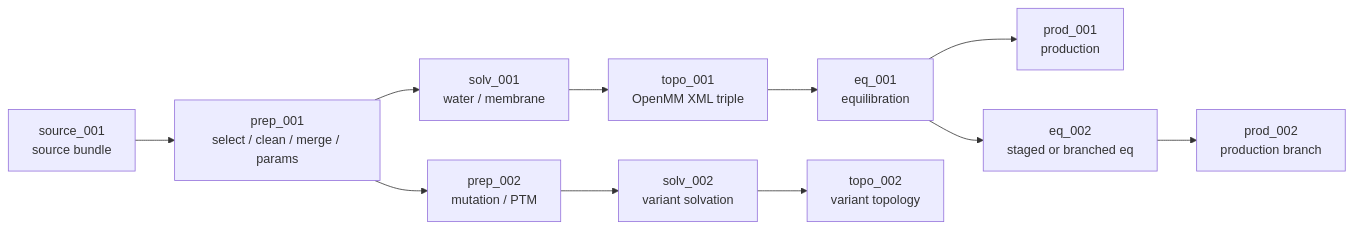
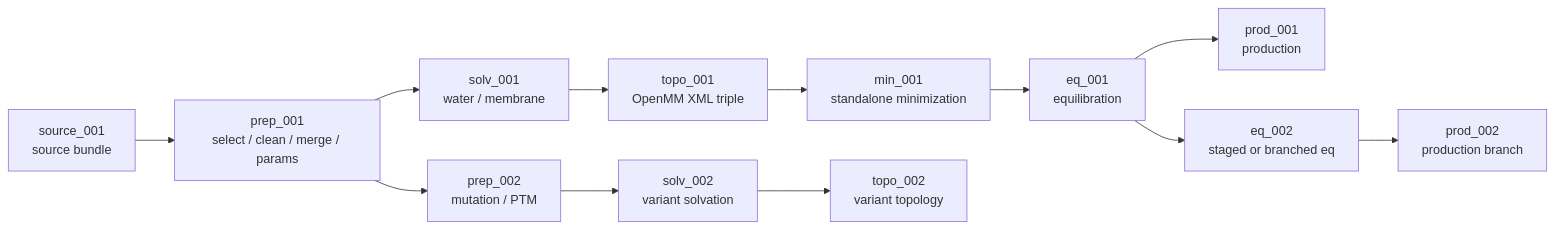
Before and after one commit to matsunagalab/mdclaw: the second of 4 diagrams in docs/developer/architecture.md, drawn with Mermaid. The commit also changed other lines of this file and 88 other files, not shown here.

Commit message:
Add standalone min node and prep benchmark contract

````diff
--- a/docs/developer/architecture.md
+++ b/docs/developer/architecture.md
@@ -188,13 +195,14 @@
 ```mermaid
 flowchart LR
   source[source_001<br/>source bundle] --> prep[prep_001<br/>select / clean / merge / params]
   prep --> solv[solv_001<br/>water / membrane]
   solv --> topo[topo_001<br/>OpenMM XML triple]
-  topo --> eq1[eq_001<br/>equilibration]
+  topo --> min1[min_001<br/>standalone minimization]
+  min1 --> eq1[eq_001<br/>equilibration]
   eq1 --> prod1[prod_001<br/>production]
   eq1 --> eq2[eq_002<br/>staged or branched eq]
   eq2 --> prod2[prod_002<br/>production branch]
   prep --> prep2[prep_002<br/>mutation / PTM]
   prep2 --> solv2[solv_002<br/>variant solvation]
   solv2 --> topo2[topo_002<br/>variant topology]
 ```
````
